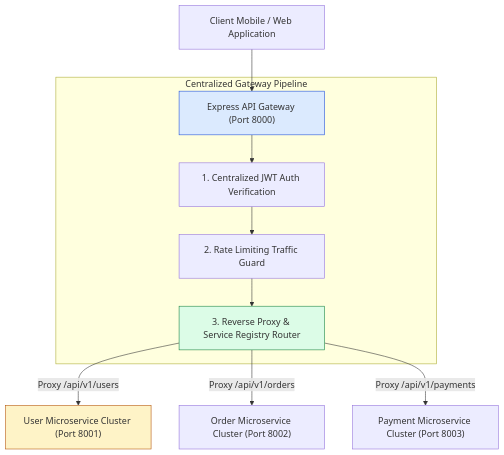
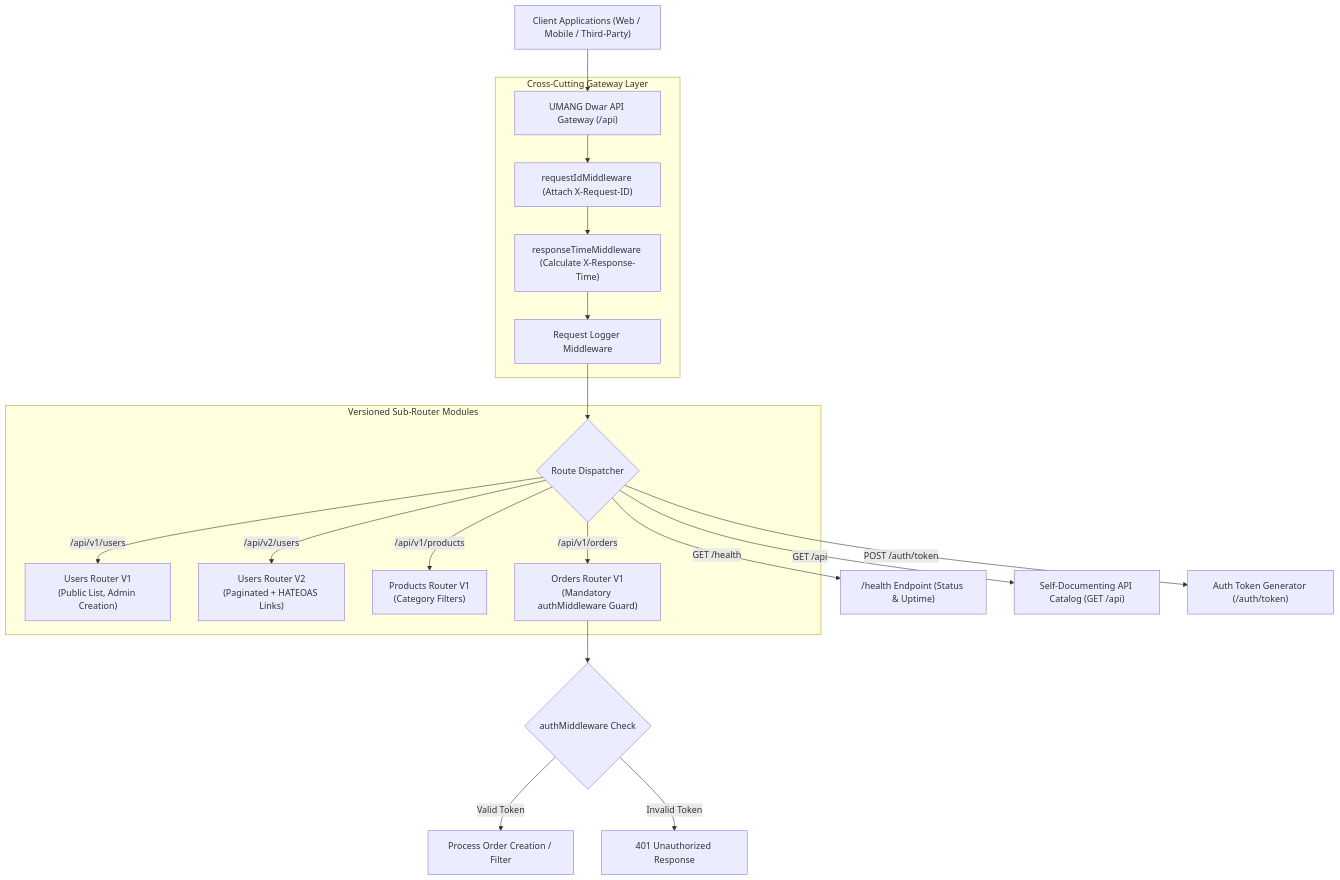
One commit to Amie-dev/engineering-playbook changed the diagram in express-notes/27-project-api-gateway.md. Above: the diagram before and after it, drawn with Mermaid. The commit also changed other lines of this file and 26 other files, not shown here.

First line of the commit message:
Refactor middleware pipeline architecture and API gateway design for enhanced clarity and functionality

````diff
--- a/express-notes/27-project-api-gateway.md
+++ b/express-notes/27-project-api-gateway.md
@@ -13,18 +7,27 @@
 ```mermaid
 flowchart TD
-    Client[Client Mobile / Web Application] --> Gateway["Express API Gateway (Port 8000)"]
-
-    subgraph Centralized Gateway Pipeline
-        Gateway --> AuthGuard["1. Centralized JWT Auth Verification"]
-        AuthGuard --> RateGuard["2. Rate Limiting Traffic Guard"]
-        RateGuard --> ProxyRouter["3. Reverse Proxy & Service Registry Router"]
+    Client["Client Applications (Web / Mobile / Third-Party)"] --> Gateway["UMANG Dwar API Gateway (/api)"]
+    
+    subgraph Cross-Cutting Gateway Layer
+        Gateway --> ReqID["requestIdMiddleware (Attach X-Request-ID)"]
+        ReqID --> RespTime["responseTimeMiddleware (Calculate X-Response-Time)"]
+        RespTime --> AuditLog["Request Logger Middleware"]
     end
-
-    ProxyRouter -->|Proxy /api/v1/users| UserService["User Microservice Cluster (Port 8001)"]
-    ProxyRouter -->|Proxy /api/v1/orders| OrderService["Order Microservice Cluster (Port 8002)"]
-    ProxyRouter -->|Proxy /api/v1/payments| PaymentService["Payment Microservice Cluster (Port 8003)"]
-
-    style Gateway fill:#dbeafe,stroke:#1d4ed8
-    style ProxyRouter fill:#dcfce7,stroke:#15803d
-    style UserService fill:#fef3c7,stroke:#b45309
+    
+    AuditLog --> RouteCatalog{"Route Dispatcher"}
+    
+    RouteCatalog -->|GET /health| Health["/health Endpoint (Status & Uptime)"]
+    RouteCatalog -->|GET /api| SelfDoc["Self-Documenting API Catalog (GET /api)"]
+    RouteCatalog -->|POST /auth/token| TokenGen["Auth Token Generator (/auth/token)"]
+    
+    subgraph Versioned Sub-Router Modules
+        RouteCatalog -->|/api/v1/users| UsersV1["Users Router V1<br/>(Public List, Admin Creation)"]
+        RouteCatalog -->|/api/v2/users| UsersV2["Users Router V2<br/>(Paginated + HATEOAS Links)"]
+        RouteCatalog -->|/api/v1/products| ProductsV1["Products Router V1<br/>(Category Filters)"]
+        RouteCatalog -->|/api/v1/orders| OrdersV1["Orders Router V1<br/>(Mandatory authMiddleware Guard)"]
+    end
+    
+    OrdersV1 --> AuthCheck{"authMiddleware Check"}
+    AuthCheck -->|Valid Token| ProcessOrder["Process Order Creation / Filter"]
+    AuthCheck -->|Invalid Token| Err401["401 Unauthorized Response"]
 ```
````
